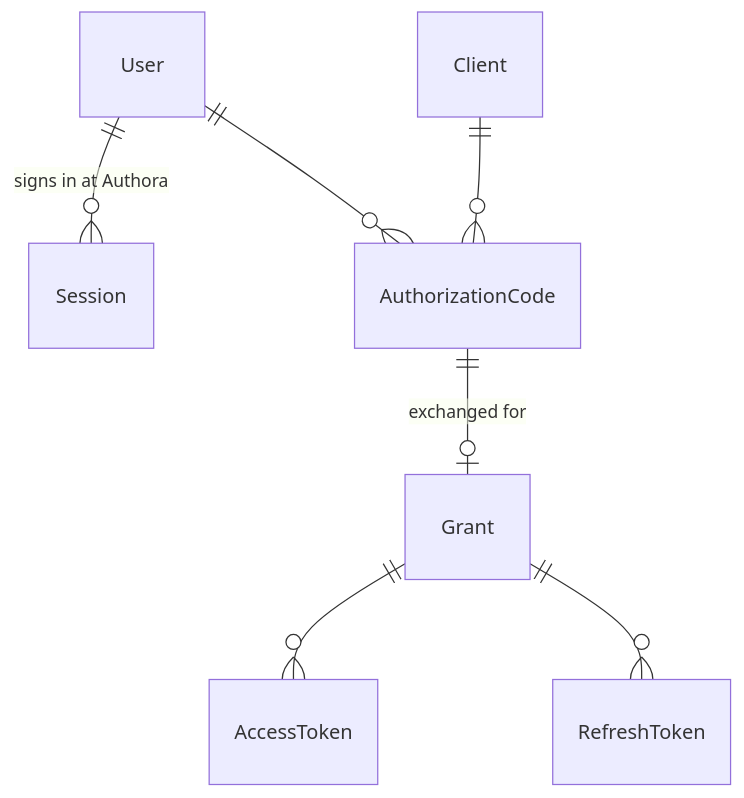
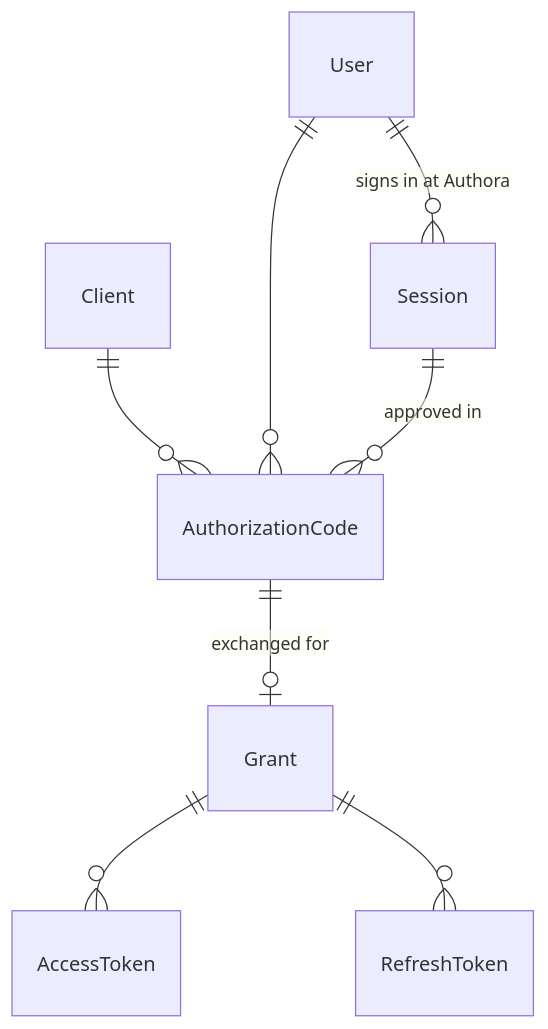
One commit to DuttonAlan/Authora changed the diagram in docs/explanation/tokens-and-sessions.md. Above: the diagram before and after it, drawn with Mermaid. The commit also changed other lines of this file and 56 other files, not shown here.

````diff
--- a/docs/explanation/tokens-and-sessions.md
+++ b/docs/explanation/tokens-and-sessions.md
@@ -7,11 +7,12 @@
 ```mermaid
 erDiagram
     accTitle: Objects created when someone signs in
-    accDescr: A User has Sessions. A User and a Client have Authorization Codes. An Authorization Code is exchanged for at most one Grant, and a Grant has Access Tokens and Refresh Tokens.
+    accDescr: A User has Sessions. A User and a Client have Authorization Codes. An Authorization Code is issued in a Session. An Authorization Code is exchanged for at most one Grant, and a Grant has Access Tokens and Refresh Tokens.
     User ||--o{ Session : "signs in at Authora"
     Client ||--o{ AuthorizationCode : ""
     User ||--o{ AuthorizationCode : ""
+    Session ||--o{ AuthorizationCode : "approved in"
     AuthorizationCode ||--o| Grant : "exchanged for"
     Grant ||--o{ AccessToken : ""
     Grant ||--o{ RefreshToken : ""
 ```
````
